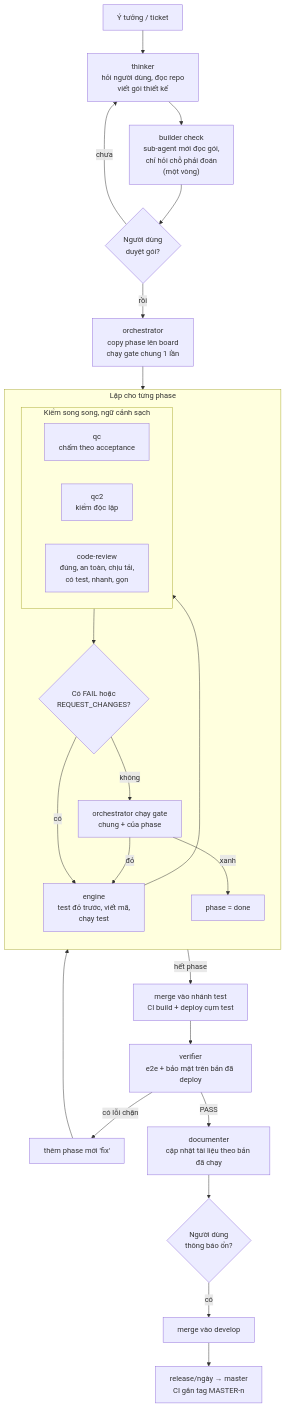
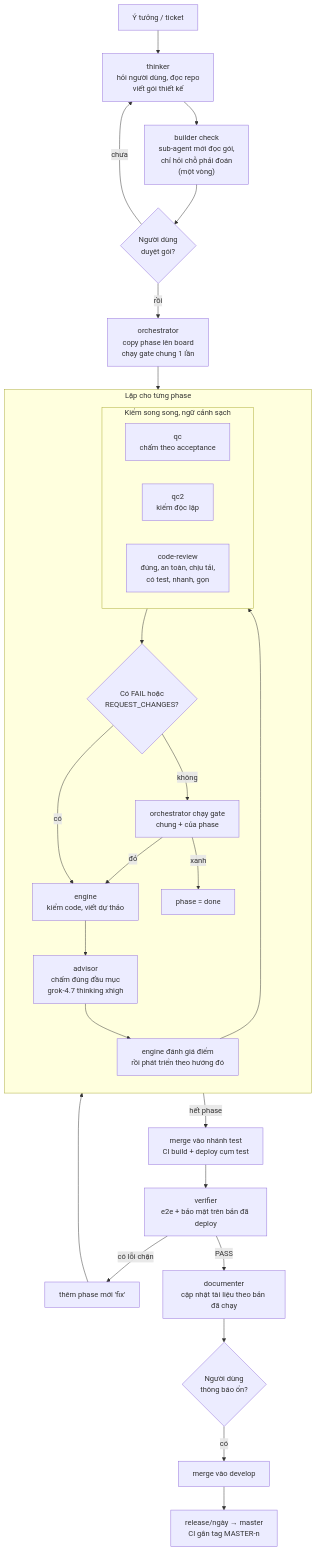
Before and after one commit to loind/sdlc: the diagram in README.md, drawn with Mermaid. The commit also changed other lines of this file and 5 other files, not shown here.

Commit message:
docs(advisor): cham du thao engine truoc khi phat trien

````diff
--- a/README.md
+++ b/README.md
@@ -18,31 +18,33 @@
 ```mermaid
 flowchart TD
   A["Ý tưởng / ticket"] --> B["thinker<br/>hỏi người dùng, đọc repo<br/>viết gói thiết kế"]
   B --> BC["builder check<br/>sub-agent mới đọc gói,<br/>chỉ hỏi chỗ phải đoán<br/>(một vòng)"]
   BC --> B2{"Người dùng<br/>duyệt gói?"}
   B2 -->|"chưa"| B
   B2 -->|"rồi"| C["orchestrator<br/>copy phase lên board<br/>chạy gate chung 1 lần"]
   C --> P
   subgraph P["Lặp cho từng phase"]
     direction TB
-    E["engine<br/>test đỏ trước, viết mã,<br/>chạy test"] --> R
+    E["engine<br/>kiểm code, viết dự thảo"] --> AD["advisor<br/>chấm đúng đầu mục<br/>grok-4.7 thinking xhigh"]
+    AD --> E2["engine đánh giá điểm<br/>rồi phát triển theo hướng đó"]
+    E2 --> R
     subgraph R["Kiểm song song, ngữ cảnh sạch"]
       direction LR
       QC["qc<br/>chấm theo acceptance"]
       QC2["qc2<br/>kiểm độc lập"]
       CR["code-review<br/>đúng, an toàn, chịu tải,<br/>có test, nhanh, gọn"]
     end
     R --> V{"Có FAIL hoặc<br/>REQUEST_CHANGES?"}
     V -->|"có"| E
     V -->|"không"| G["orchestrator chạy gate<br/>chung + của phase"]
     G -->|"đỏ"| E
     G -->|"xanh"| DONE["phase = done"]
   end
   DONE -->|"hết phase"| M["merge vào nhánh test<br/>CI build + deploy cụm test"]
   M --> VF["verifier<br/>e2e + bảo mật trên bản đã deploy"]
   VF -->|"có lỗi chặn"| NP["thêm phase mới 'fix'"] --> P
   VF -->|"PASS"| DOC["documenter<br/>cập nhật tài liệu theo bản đã chạy"]
   DOC --> N{"Người dùng<br/>thông báo ổn?"}
   N -->|"có"| DEV["merge vào develop"]
   DEV --> REL["release/ngày → master<br/>CI gắn tag MASTER-n"]
 ```
````
